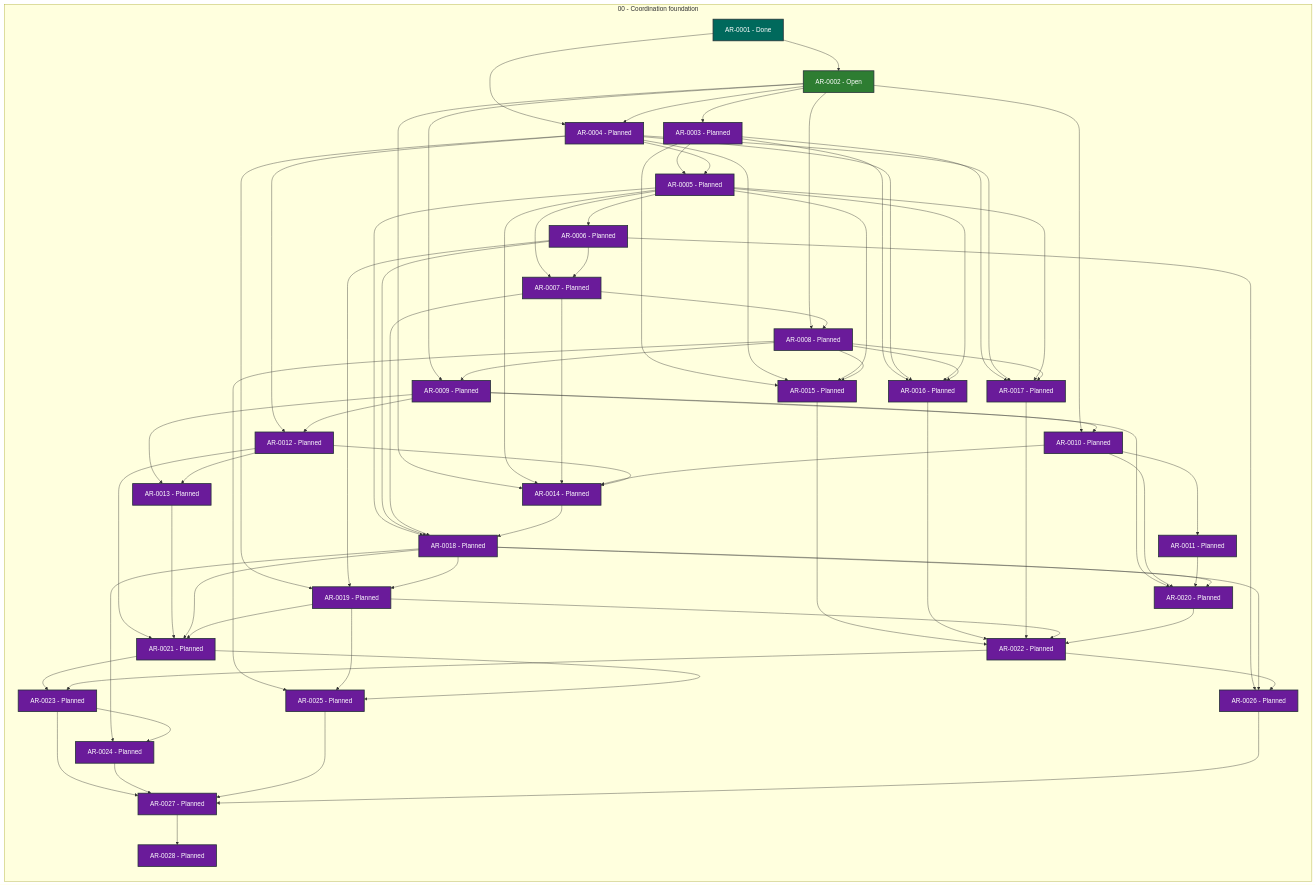
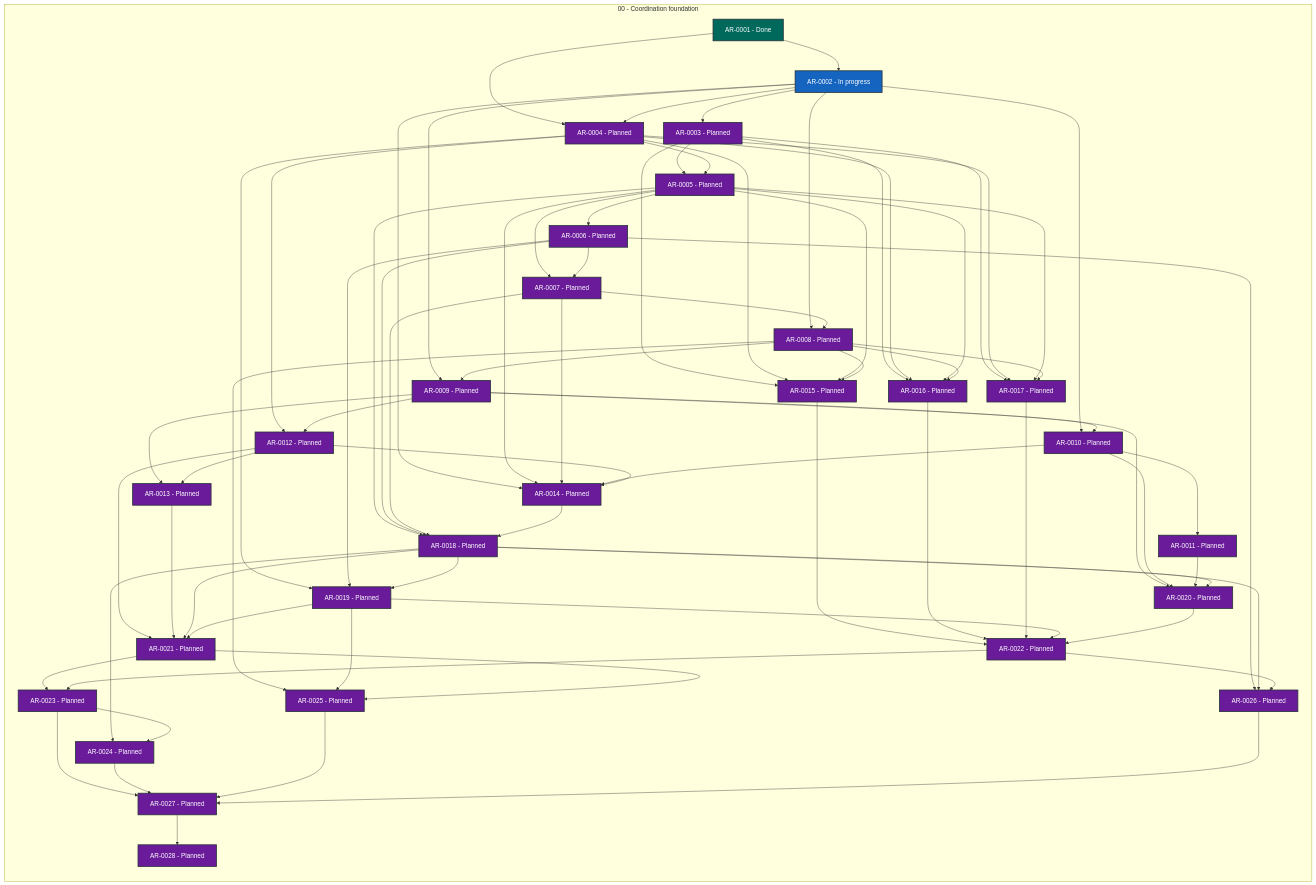
Before and after one commit to martin-beck/agent-workflow-runtime-state: the diagram in STATUS.md, drawn with Mermaid. The commit also changed other lines of this file and 2 other files, not shown here.

```diff
--- a/STATUS.md
+++ b/STATUS.md
@@ -29,7 +29,7 @@
     subgraph series_00["00 - Coordination foundation"]
         direction TB
         AR_0001["AR-0001 - Done"]:::status_done
-        AR_0002["AR-0002 - Open"]:::status_open
+        AR_0002["AR-0002 - In progress"]:::status_in_progress
         AR_0003["AR-0003 - Planned"]:::status_planned
         AR_0004["AR-0004 - Planned"]:::status_planned
         AR_0005["AR-0005 - Planned"]:::status_planned
```
